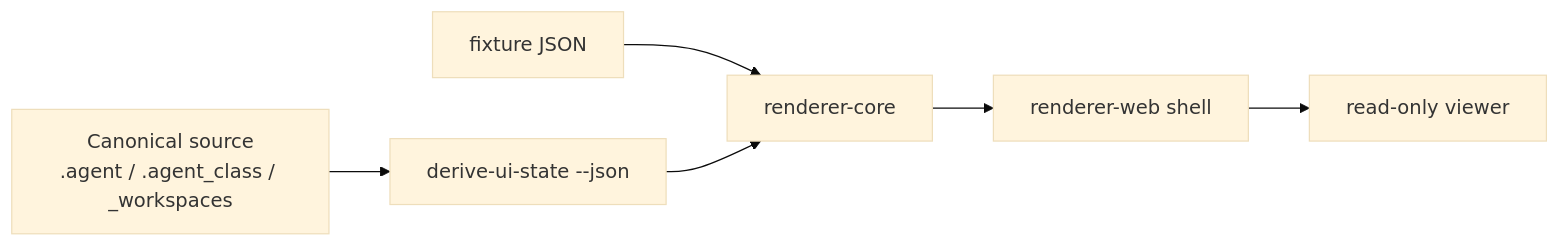
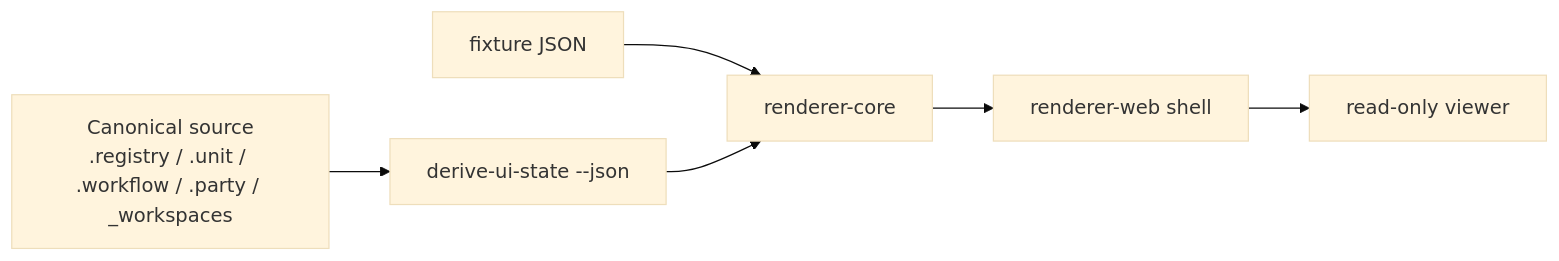
Before and after one commit to SungYongMOON/soulforge: the diagram in ui-workspace/docs/UI_RENDERER_MODEL.md, drawn with Mermaid (base theme). The commit also changed other lines of this file and 148 other files, not shown here.

````diff
--- a/ui-workspace/docs/UI_RENDERER_MODEL.md
+++ b/ui-workspace/docs/UI_RENDERER_MODEL.md
@@ -23,8 +23,8 @@
 ```mermaid
 flowchart LR
-  SRC["Canonical source<br/>.agent / .agent_class / _workspaces"] --> DERIVE["derive-ui-state --json"]
+  SRC["Canonical source<br/>.registry / .unit / .workflow / .party / _workspaces"] --> DERIVE["derive-ui-state --json"]
   FIX["fixture JSON"] --> CORE["renderer-core"]
   DERIVE --> CORE
   CORE --> WEB["renderer-web shell"]
   WEB --> UI["read-only viewer"]
 ```
````
